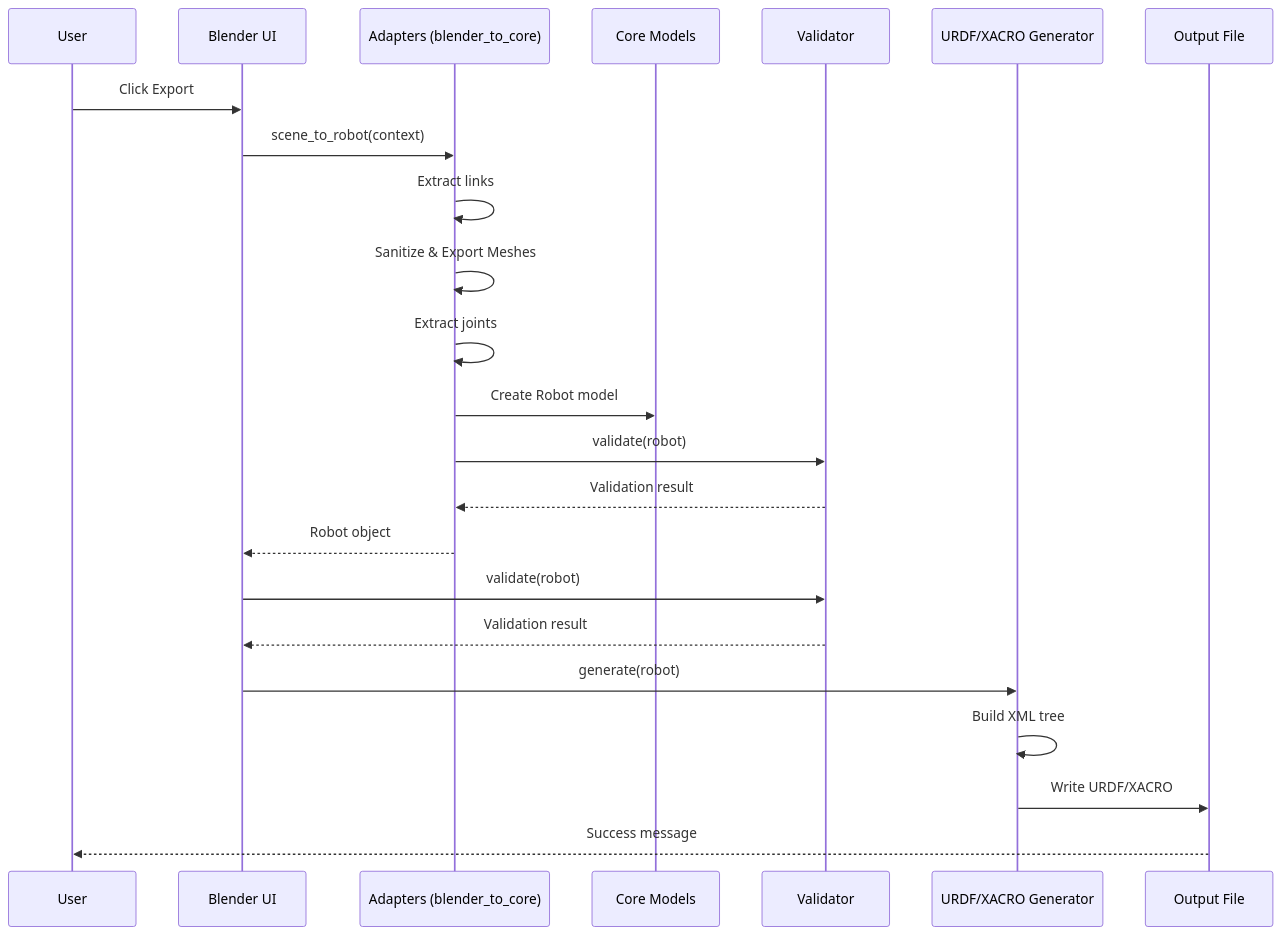
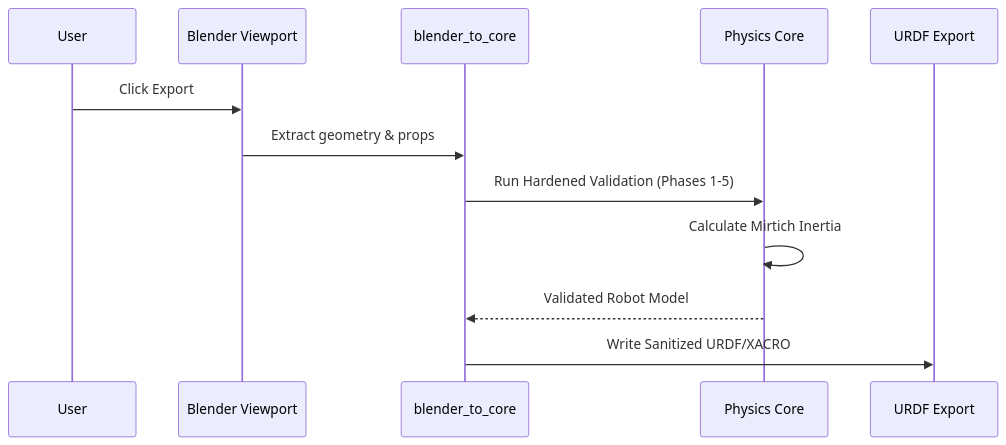
The third of 3 diagrams in ARCHITECTURE.md (arounamounchili/linkforge), drawn with Mermaid before and after one commit. The commit also changed other lines of this file, not shown here.

Commit message:
docs: simplify ARCHITECTURE.md into a lean architecture map

````diff
--- a/ARCHITECTURE.md
+++ b/ARCHITECTURE.md
@@ -144,26 +50,15 @@
 ```mermaid
 sequenceDiagram
     participant User
-    participant UI as Blender UI
-    participant Adapter as Adapters (blender_to_core)
-    participant Models as Core Models
-    participant Validator as Validator
-    participant Generator as URDF/XACRO Generator
-    participant File as Output File
+    participant Blender as Blender Viewport
+    participant Adapter as blender_to_core
+    participant Core as Physics Core
+    participant File as URDF Export
 
-    User->>UI: Click Export
-    UI->>Adapter: scene_to_robot(context)
-    Adapter->>Adapter: Extract links
-    Adapter->>Adapter: Sanitize & Export Meshes
-    Adapter->>Adapter: Extract joints
-    Adapter->>Models: Create Robot model
-    Adapter->>Validator: validate(robot)
-    Validator-->>Adapter: Validation result
-    Adapter-->>UI: Robot object
-    UI->>Validator: validate(robot)
-    Validator-->>UI: Validation result
-    UI->>Generator: generate(robot)
-    Generator->>Generator: Build XML tree
-    Generator->>File: Write URDF/XACRO
-    File-->>User: Success message
+    User->>Blender: Click Export
+    Blender->>Adapter: Extract geometry & props
+    Adapter->>Core: Run Hardened Validation (Phases 1-5)
+    Core->>Core: Calculate Mirtich Inertia
+    Core-->>Adapter: Validated Robot Model
+    Adapter->>File: Write Sanitized URDF/XACRO
 ```
````
